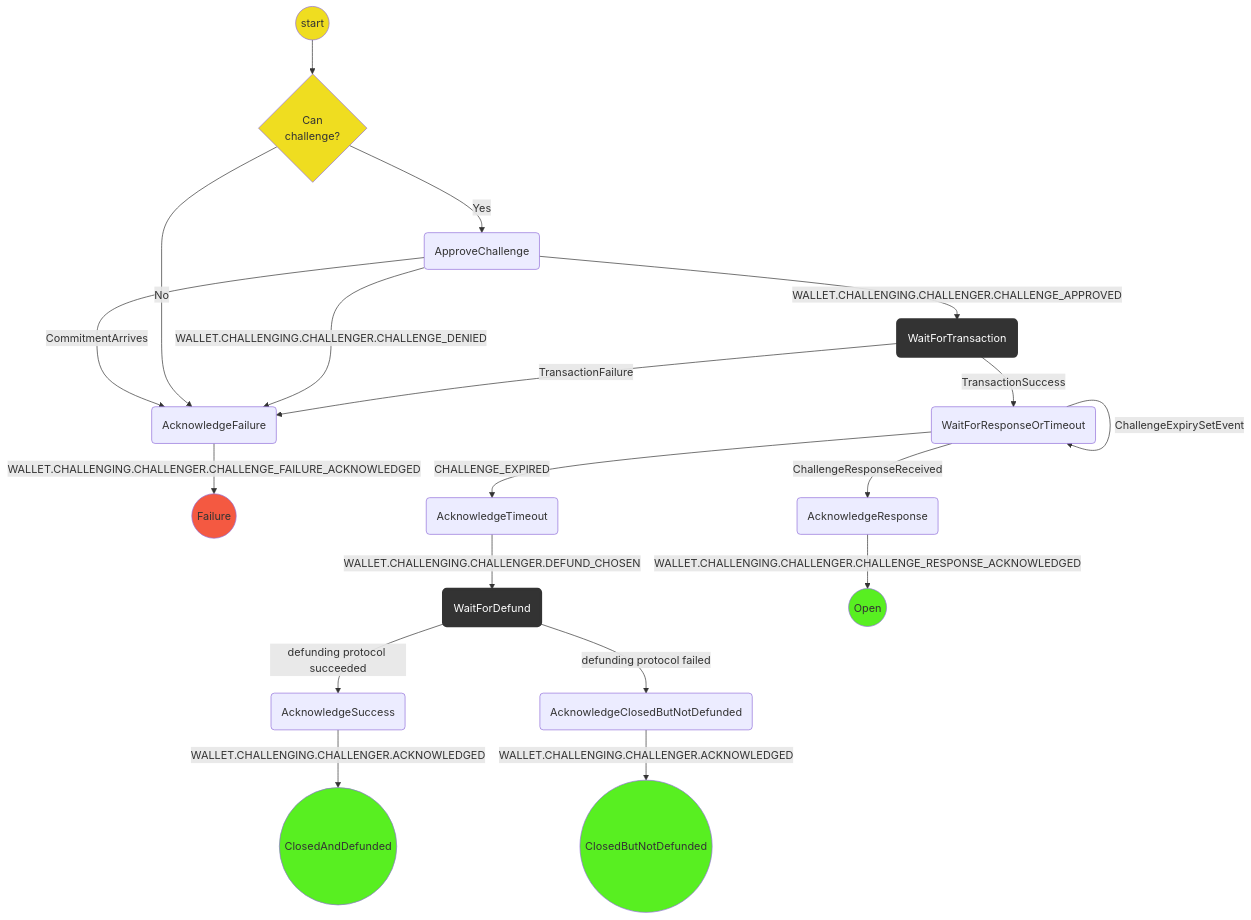
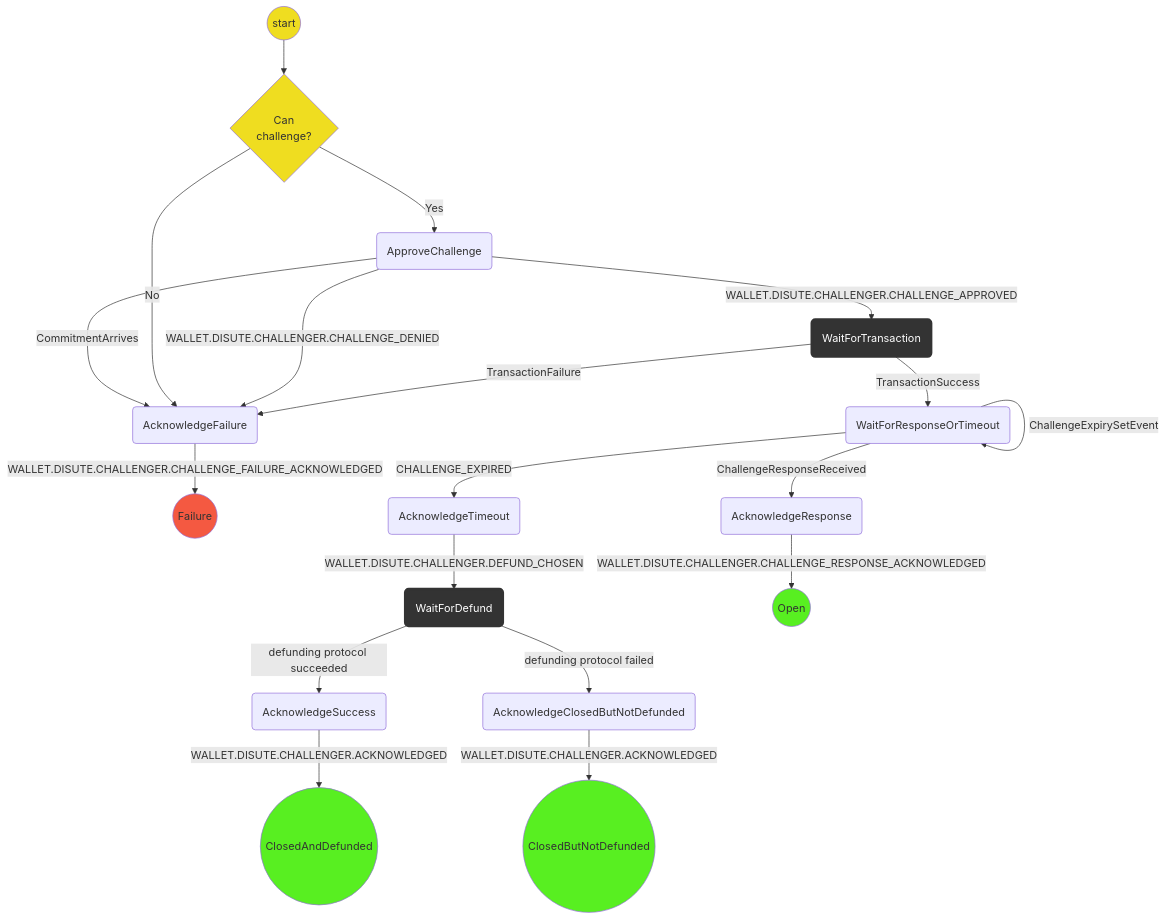
Before and after one commit to magmo/apps: the diagram in packages/wallet/src/redux/protocols/dispute/challenger/readme.md, drawn with Mermaid. The commit also changed 6 other files, not shown here.

Commit message:
Change CHALLENGING.CHALLENGER 2 DISPUTE.CHALLENGER

````diff
--- a/packages/wallet/src/redux/protocols/dispute/challenger/readme.md
+++ b/packages/wallet/src/redux/protocols/dispute/challenger/readme.md
@@ -21,30 +21,30 @@
 ```mermaid
 graph TD
 linkStyle default interpolate basis
   S((start)) --> CE{Can<br/>challenge?}
   CE --> |Yes| WFA(ApproveChallenge)
   WFA --> |CommitmentArrives| AF
-  WFA --> |WALLET.CHALLENGING.CHALLENGER.CHALLENGE_APPROVED| WFT(WaitForTransaction)
+  WFA --> |WALLET.DISUTE.CHALLENGER.CHALLENGE_APPROVED| WFT(WaitForTransaction)
   CE --> |No| AF
-  WFA --> |WALLET.CHALLENGING.CHALLENGER.CHALLENGE_DENIED| AF(AcknowledgeFailure)
-  AF --> |WALLET.CHALLENGING.CHALLENGER.CHALLENGE_FAILURE_ACKNOWLEDGED| F((Failure))
+  WFA --> |WALLET.DISUTE.CHALLENGER.CHALLENGE_DENIED| AF(AcknowledgeFailure)
+  AF --> |WALLET.DISUTE.CHALLENGER.CHALLENGE_FAILURE_ACKNOWLEDGED| F((Failure))
   WFT --> |TransactionSuccess| WFRT(WaitForResponseOrTimeout)
   WFT --> |TransactionFailure| AF
   WFRT --> |CHALLENGE_EXPIRED| AT(AcknowledgeTimeout)
   WFRT -->|ChallengeExpirySetEvent| WFRT
-  AT --> |WALLET.CHALLENGING.CHALLENGER.DEFUND_CHOSEN| D(WaitForDefund)
+  AT --> |WALLET.DISUTE.CHALLENGER.DEFUND_CHOSEN| D(WaitForDefund)
   D   --> |defunding protocol succeeded| AS(AcknowledgeSuccess)
   D   --> |defunding protocol failed| ACBND(AcknowledgeClosedButNotDefunded)
-  ACBND -->|WALLET.CHALLENGING.CHALLENGER.ACKNOWLEDGED| SCBND((ClosedButNotDefunded))
-  AS -->|WALLET.CHALLENGING.CHALLENGER.ACKNOWLEDGED| SCD((ClosedAndDefunded))
+  ACBND -->|WALLET.DISUTE.CHALLENGER.ACKNOWLEDGED| SCBND((ClosedButNotDefunded))
+  AS -->|WALLET.DISUTE.CHALLENGER.ACKNOWLEDGED| SCD((ClosedAndDefunded))
   WFRT --> |ChallengeResponseReceived| AR(AcknowledgeResponse)
-  AR --> |WALLET.CHALLENGING.CHALLENGER.CHALLENGE_RESPONSE_ACKNOWLEDGED| SP((Open))
+  AR --> |WALLET.DISUTE.CHALLENGER.CHALLENGE_RESPONSE_ACKNOWLEDGED| SP((Open))
   classDef logic fill:#efdd20;
   classDef Success fill:#58ef21;
   classDef Failure fill:#f45941;
   classDef WaitForChildProtocol stroke:#333,stroke-width:4px,color:#ffff,fill:#333;
   class S,CE logic;
   class SP,SCD,SCBND Success;
   class F Failure;
   class WFT,D WaitForChildProtocol;
 ```
````
